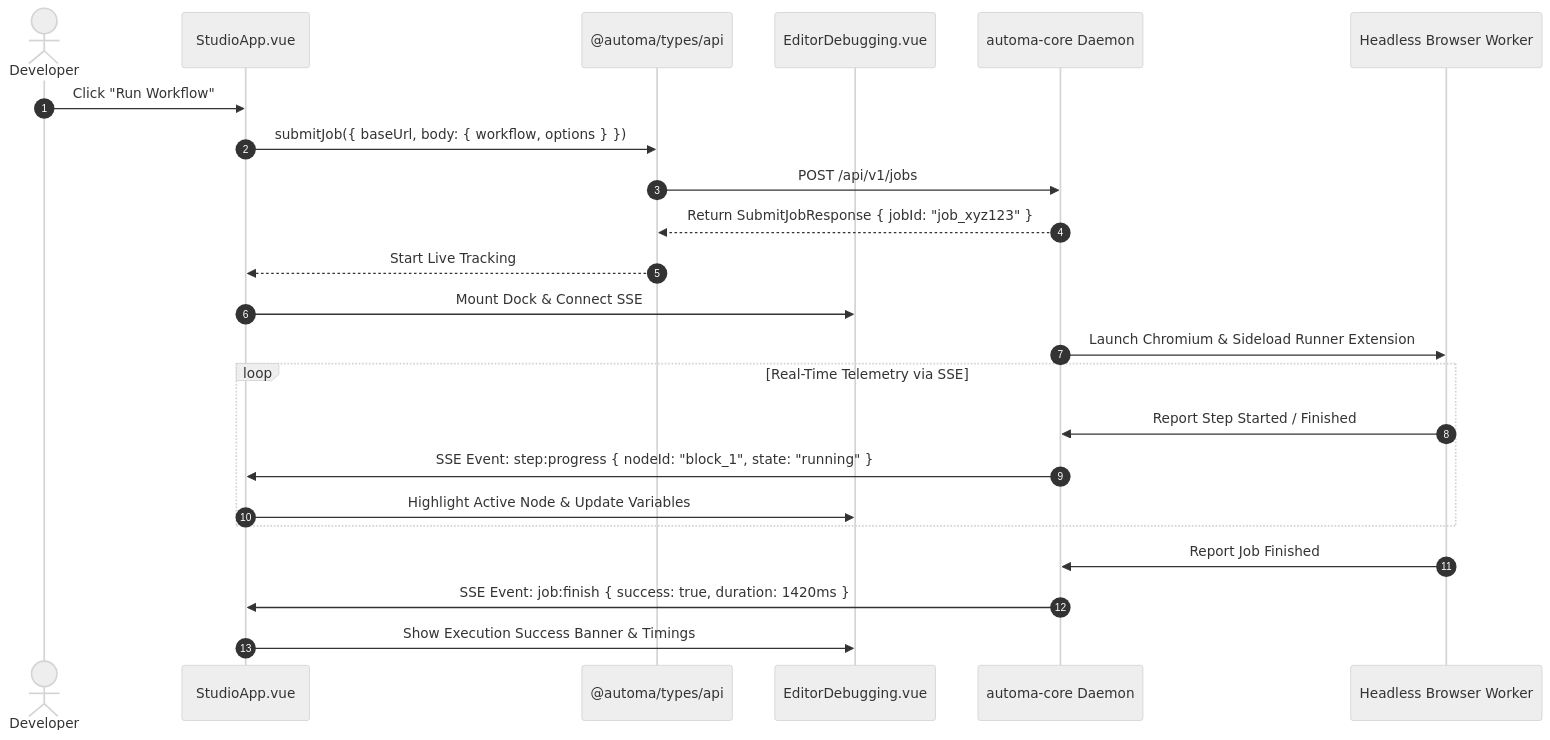
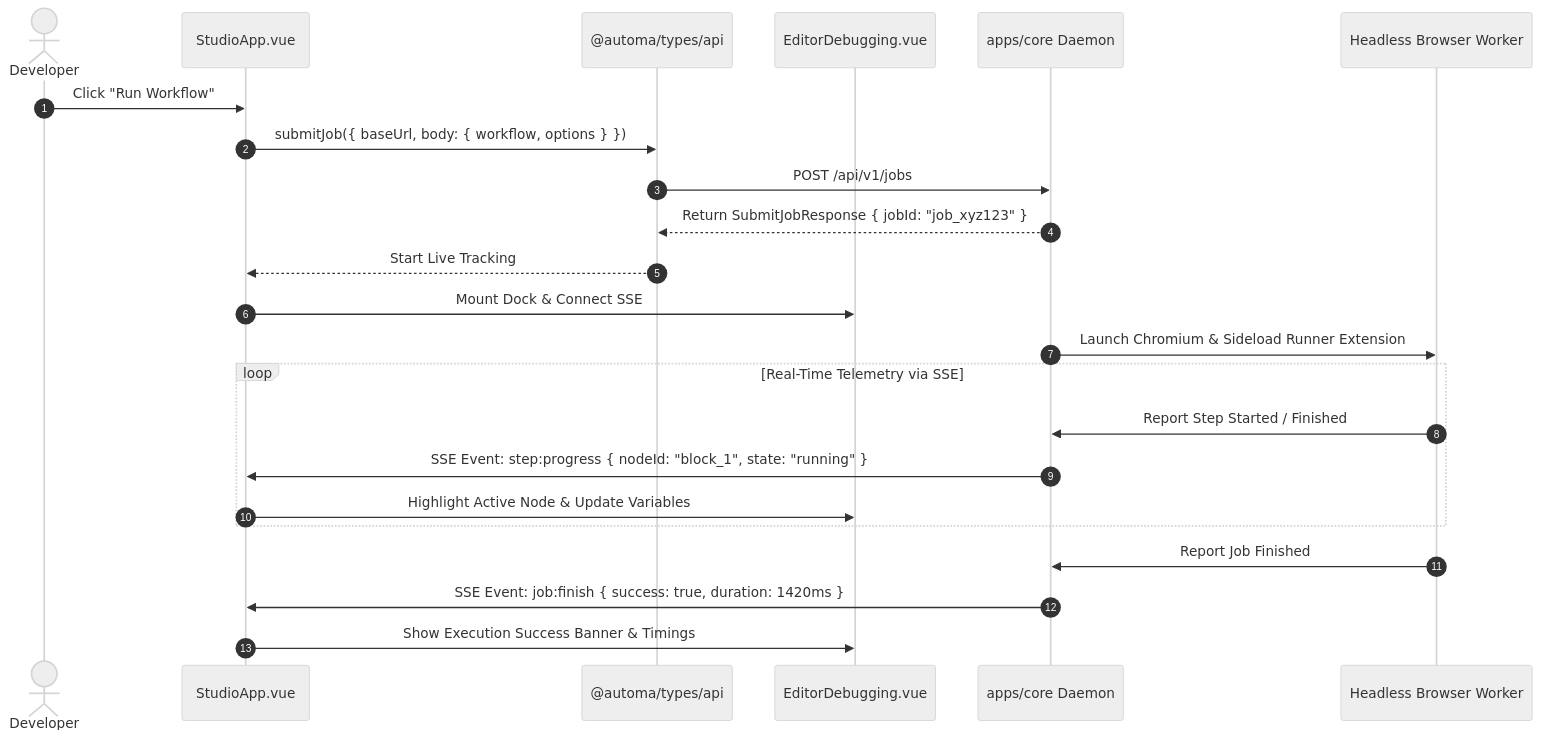
One commit to tuquet/automa changed the fourth of 4 diagrams in apps/webe/src/studio/SRS.md. Above: the diagram before and after it, drawn with Mermaid (neutral theme). The commit also changed other lines of this file and 48 other files, not shown here.

````diff
--- a/apps/webe/src/studio/SRS.md
+++ b/apps/webe/src/studio/SRS.md
@@ -283,29 +277,29 @@
 ```mermaid
 sequenceDiagram
     autonumber
     actor Dev as Developer
     participant UI as StudioApp.vue
     participant SDK as @automa/types/api
     participant DebugDock as EditorDebugging.vue
-    participant Core as automa-core Daemon
+    participant Core as apps/core Daemon
     participant Runner as Headless Browser Worker
 
     Dev->>UI: Click "Run Workflow"
     UI->>SDK: submitJob({ baseUrl, body: { workflow, options } })
     SDK->>Core: POST /api/v1/jobs
     Core-->>SDK: Return SubmitJobResponse { jobId: "job_xyz123" }
     SDK-->>UI: Start Live Tracking
     
     UI->>DebugDock: Mount Dock & Connect SSE
     Core->>Runner: Launch Chromium & Sideload Runner Extension
     
     loop Real-Time Telemetry via SSE
         Runner->>Core: Report Step Started / Finished
         Core->>UI: SSE Event: step:progress { nodeId: "block_1", state: "running" }
         UI->>DebugDock: Highlight Active Node & Update Variables
     end
 
     Runner->>Core: Report Job Finished
     Core->>UI: SSE Event: job:finish { success: true, duration: 1420ms }
     UI->>DebugDock: Show Execution Success Banner & Timings
 ```
````
